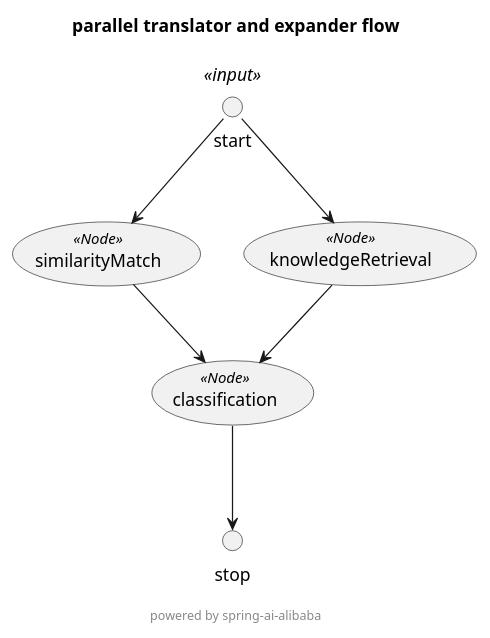
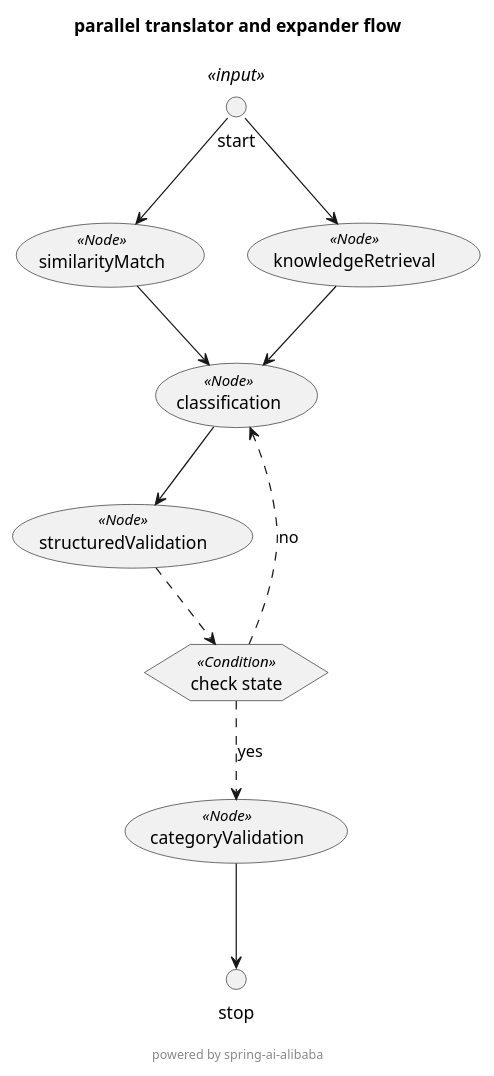
One commit to HY-love-sleep/SEC-Agent changed the second of 2 diagrams in README-workflow.md. Above: the diagram before and after it, drawn with PlantUML. The commit also changed other lines of this file and 6 other files, not shown here.

````diff
--- a/README-workflow.md
+++ b/README-workflow.md
@@ -108,23 +109,33 @@
 ```uml
 @startuml parallel_translator_and_expander_flow
 skinparam usecaseFontSize 14
 skinparam usecaseStereotypeFontSize 12
 skinparam hexagonFontSize 14
 skinparam hexagonStereotypeFontSize 12
 title "parallel translator and expander flow"
 footer
 
 powered by spring-ai-alibaba
 end footer
 circle start<<input>> as __START__
 circle stop as __END__
 usecase "similarityMatch"<<Node>>
 usecase "knowledgeRetrieval"<<Node>>
 usecase "classification"<<Node>>
+usecase "categoryValidation"<<Node>>
+usecase "structuredValidation"<<Node>>
+hexagon "check state" as condition1<<Condition>>
 "__START__" -down-> "similarityMatch"
 "__START__" -down-> "knowledgeRetrieval"
 "similarityMatch" -down-> "classification"
 "knowledgeRetrieval" -down-> "classification"
-"classification" -down-> "__END__"
+"classification" -down-> "structuredValidation"
+"structuredValidation" .down.> "condition1"
+"condition1" .down.> "categoryValidation": "yes"
+'"structuredValidation" .down.> "categoryValidation": "yes"
+"condition1" .down.> "classification": "no"
+'"structuredValidation" .down.> "classification": "no"
+"categoryValidation" -down-> "__END__"
 @enduml
+
 ```
````
